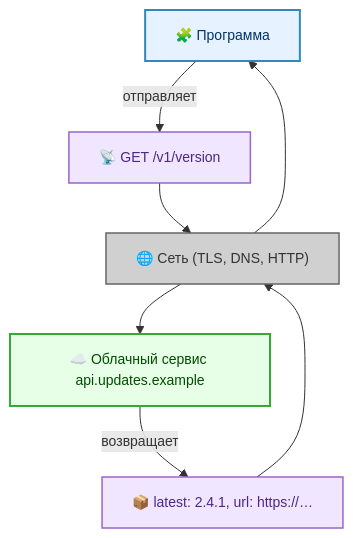
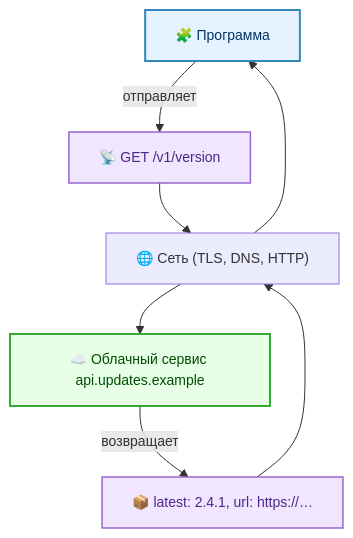
Before and after one commit to Spirzen/it-knowledge-base: the third of 3 diagrams in docs/encyclopedia/2-system-network/2-09-osnovy-integratsionnogo-vzaimodeystviya/1.md, drawn with Mermaid. The commit also changed other lines of this file and 1482 other files, not shown here.

````diff
--- a/docs/encyclopedia/2-system-network/2-09-osnovy-integratsionnogo-vzaimodeystviya/1.md
+++ b/docs/encyclopedia/2-system-network/2-09-osnovy-integratsionnogo-vzaimodeystviya/1.md
@@ -126,27 +131,27 @@
 ```mermaid
 %%{init: {
   "theme": "default",
   "themeVariables": {
     "fontSize": "14px",
     "fontFamily": "Segoe UI, Tahoma, sans-serif"
   }
 }}%%
 flowchart TD
     classDef program fill:#e6f2ff,stroke:#3388bb,stroke-width:2px,color:#003366;
-    classDef Сеть fill:#d0d0d0,stroke:#666666,stroke-width:1.5px,color:#333333,shape:cylinder;
+    classDef Network fill:#d0d0d0,stroke:#666666,stroke-width:1.5px,color:#333333,shape:cylinder;
     classDef service fill:#e6ffe6,stroke:#33aa33,stroke-width:2px,color:#004d00;
     classDef Данные fill:#f0e6ff,stroke:#9966cc,stroke-width:1.5px,color:#4d2688;
 
     App["🧩 Программа"]:::program
     Net["🌐 Сеть (TLS, DNS, HTTP)"]:::Сеть
     Cloud["☁️ Облачный сервис api.updates.example"]:::service
     Q["📡 GET /v1/version"]:::Данные
     R["📦 latest: 2.4.1, url: https://… "]:::Данные
 
     App -->|отправляет| Q
     Q --> Net
     Net --> Cloud
     Cloud -->|возвращает| R
     R --> Net
     Net --> App
 ```
````
